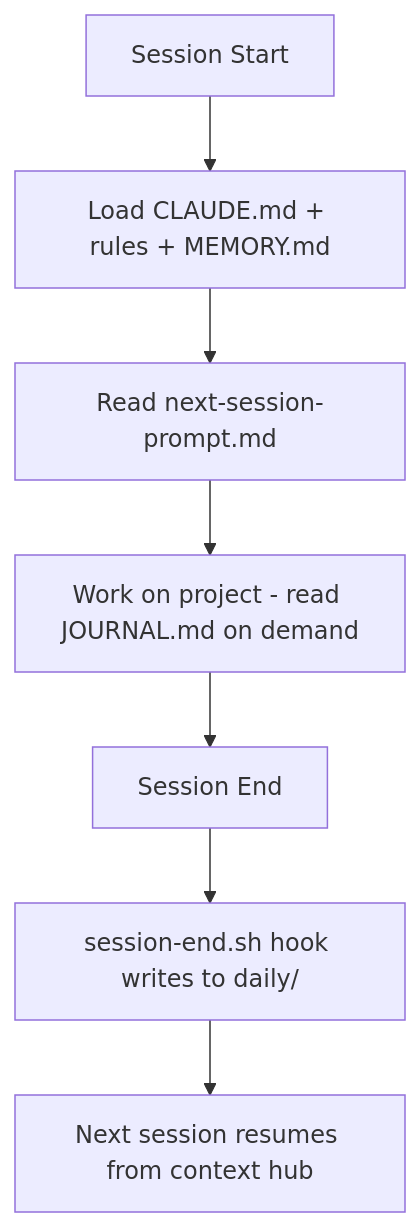
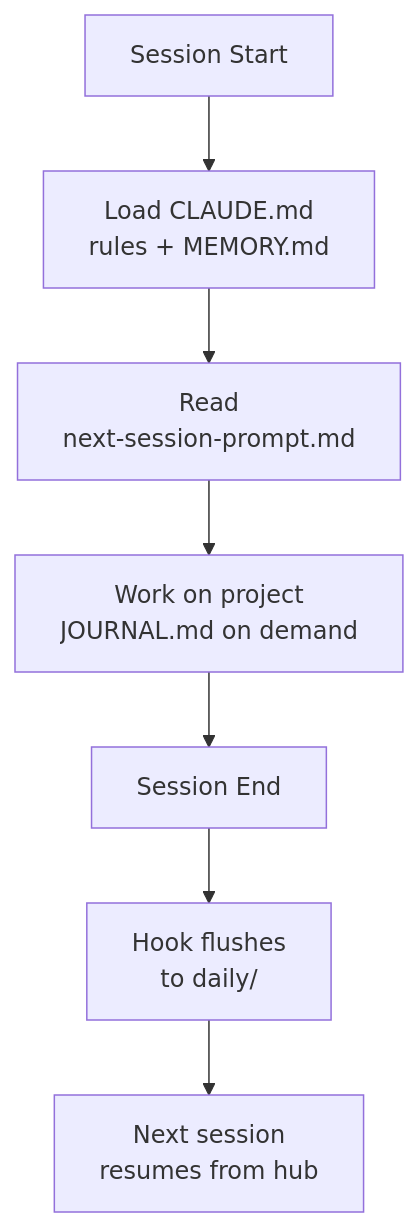
The diagram in README.md (awrshift/claude-memory-kit), drawn with Mermaid before and after one commit.

Commit message:
fix(readme): wrap Mermaid node labels so text doesn't truncate on GitHub
GitHub's README column (~888px max) truncated long Mermaid node labels:
- "Load CLAUDE.md + rules + M..." (MEMORY.md cut)
- "Read next-session-prompt.m..." (cut)
- "Work on project - read JOUR..." (JOURNAL.md cut)
- "session-end.sh hook writes t..." (to daily/ cut)
- "Next session resumes from c..." (context hub cut)

Fix: quote labels and use <br/> for line wrapping, keeping each
visible line under ~25 chars. Also simplified F and G labels.

Verified via Chrome browser automation on live GitHub render.

````diff
--- a/README.md
+++ b/README.md
@@ -47,9 +47,9 @@
 ```mermaid
 graph TD
-    A[Session Start] --> B[Load CLAUDE.md + rules + MEMORY.md]
-    B --> C[Read next-session-prompt.md]
-    C --> D[Work on project - read JOURNAL.md on demand]
+    A[Session Start] --> B["Load CLAUDE.md<br/>rules + MEMORY.md"]
+    B --> C["Read<br/>next-session-prompt.md"]
+    C --> D["Work on project<br/>JOURNAL.md on demand"]
     D --> E[Session End]
-    E --> F[session-end.sh hook writes to daily/]
-    F --> G[Next session resumes from context hub]
+    E --> F["Hook flushes<br/>to daily/"]
+    F --> G["Next session<br/>resumes from hub"]
 ```
````
